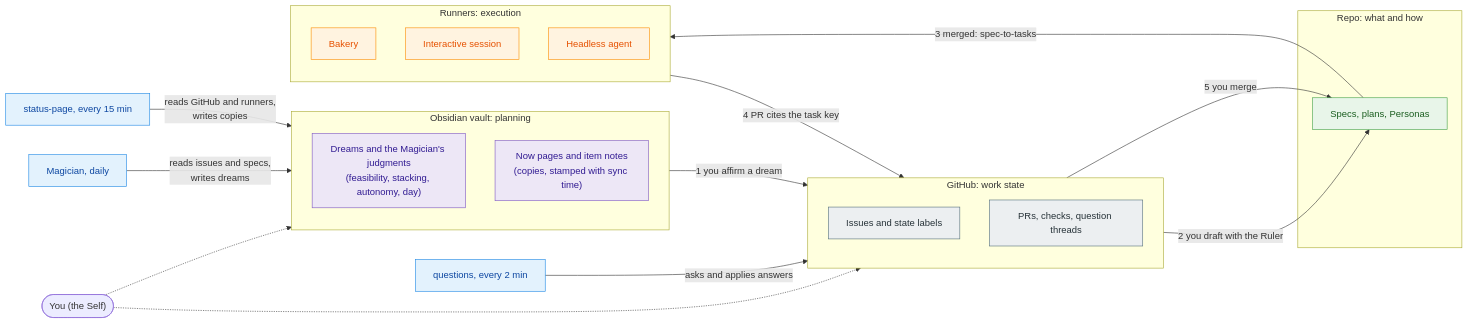
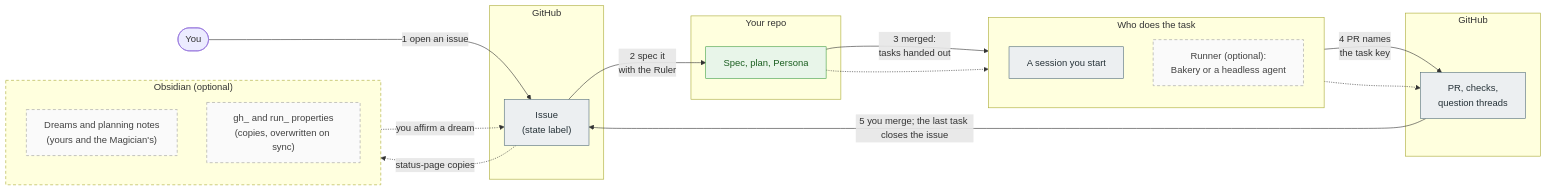
One commit to aglowinthefield/unconscious-development changed the first of 2 diagrams in docs/Development flow.md. Above: the diagram before and after it, drawn with Mermaid. The commit also changed other lines of this file and 1 other file, not shown here.

Commit message:
Lead with the user's view: GitHub and the repo, Obsidian and runners optional
The four-owner table stays, as how UD decides what to sync, for whoever
works on UD. The first diagram now shows the core path left to right, with
the optional add-ons dashed.

````diff
--- a/docs/Development flow.md
+++ b/docs/Development flow.md
@@ -12,50 +12,47 @@
 ```mermaid
 flowchart LR
-  Self(["You (the Self)"])
+  Self(["You"])
 
-  subgraph Vault["Obsidian vault: planning"]
-    direction TB
-    Dreams["Dreams and the Magician's judgments<br/>(feasibility, stacking, autonomy, day)"]
-    Now["Now pages and item notes<br/>(copies, stamped with sync time)"]
+  subgraph GH1["GitHub"]
+    Issues["Issue<br/>(state label)"]
   end
 
-  subgraph GH["GitHub: work state"]
-    direction TB
-    Issues["Issues and state labels"]
-    PRs["PRs, checks, question threads"]
+  subgraph Repo["Your repo"]
+    Specs["Spec, plan, Persona"]
   end
 
-  subgraph Repo["Repo: what and how"]
-    Specs["Specs, plans, Personas"]
+  subgraph Do["Who does the task"]
+    direction TB
+    Session["A session you start"]
+    Bakery["Runner (optional):<br/>Bakery or a headless agent"]
   end
 
-  subgraph Runners["Runners: execution"]
-    direction TB
-    Bakery["Bakery"]
-    Session["Interactive session"]
-    Headless["Headless agent"]
+  subgraph GH2["GitHub"]
+    PRs["PR, checks,<br/>question threads"]
   end
 
-  Dreams -- "1 you affirm a dream" --> Issues
-  Issues -- "2 you draft with the Ruler" --> Specs
-  Specs -- "3 merged: spec-to-tasks" --> Runners
-  Runners -- "4 PR cites the task key" --> PRs
-  PRs -- "5 you merge" --> Specs
-  Self -.-> Dreams
-  Self -.-> PRs
+  subgraph Vault["Obsidian (optional)"]
+    direction TB
+    Dreams["Dreams and planning notes<br/>(yours and the Magician's)"]
+    Copies["gh_ and run_ properties<br/>(copies, overwritten on sync)"]
+  end
 
-  Magician["Magician, daily"] -- "reads issues and specs,<br/>writes dreams" --> Dreams
-  Poller["questions, every 2 min"] -- "asks and applies answers" --> PRs
-  Sync["status-page, every 15 min"] -- "reads GitHub and runners,<br/>writes copies" --> Now
+  Self -- "1 open an issue" --> Issues
+  Issues -- "2 spec it<br/>with the Ruler" --> Specs
+  Specs -- "3 merged:<br/>tasks handed out" --> Session
+  Specs -.-> Bakery
+  Session -- "4 PR names<br/>the task key" --> PRs
+  Bakery -.-> PRs
+  PRs -- "5 you merge; the last task closes the issue" --> Issues
 
-  classDef vault fill:#ede7f6,stroke:#7e57c2,color:#311b92
-  classDef gh fill:#eceff1,stroke:#546e7a,color:#263238
+  Dreams -. "you affirm a dream" .-> Issues
+  Issues -. "status-page copies" .-> Copies
+
+  classDef core fill:#eceff1,stroke:#546e7a,color:#263238
   classDef repo fill:#e8f5e9,stroke:#43a047,color:#1b5e20
-  classDef run fill:#fff3e0,stroke:#fb8c00,color:#e65100
-  classDef mac fill:#e3f2fd,stroke:#1e88e5,color:#0d47a1
-  class Dreams,Now vault
-  class Issues,PRs gh
+  classDef opt fill:#fafafa,stroke:#9e9e9e,stroke-dasharray:5 4,color:#424242
+  class Issues,PRs,Session core
   class Specs repo
-  class Bakery,Session,Headless run
-  class Magician,Poller,Sync mac
+  class Dreams,Copies,Bakery opt
+  style Vault stroke-dasharray:5 4
 ```
````
